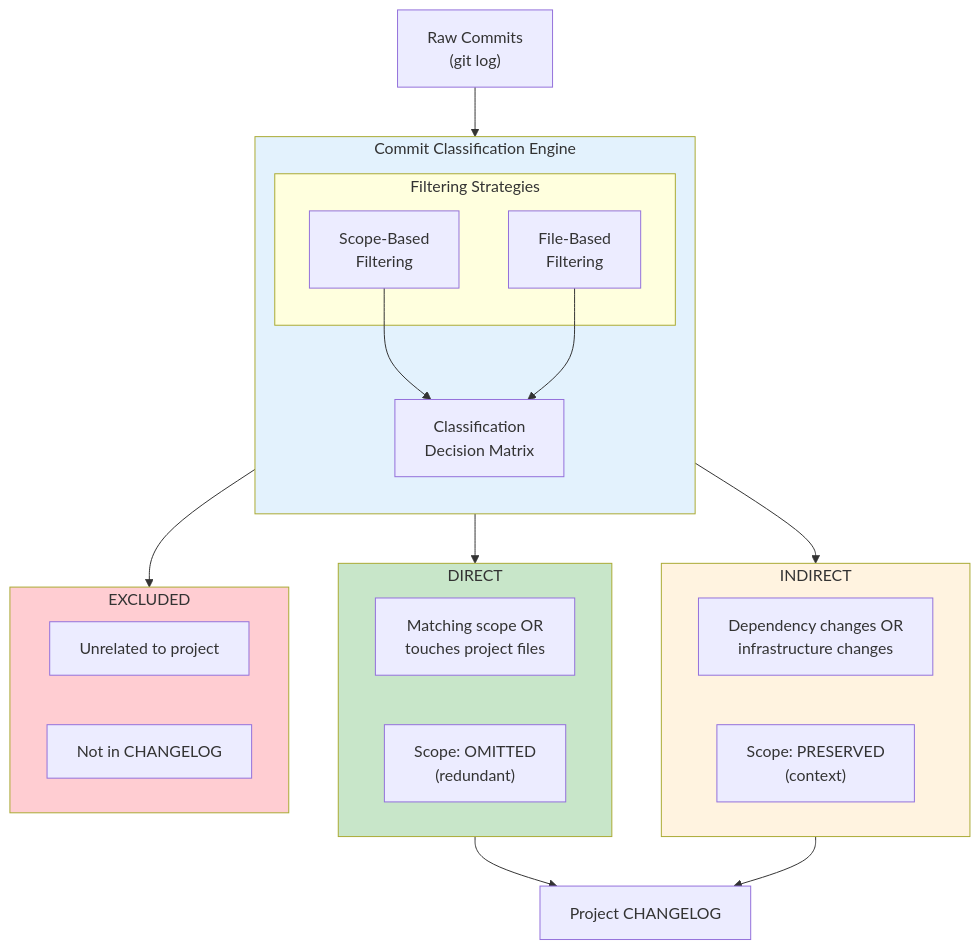
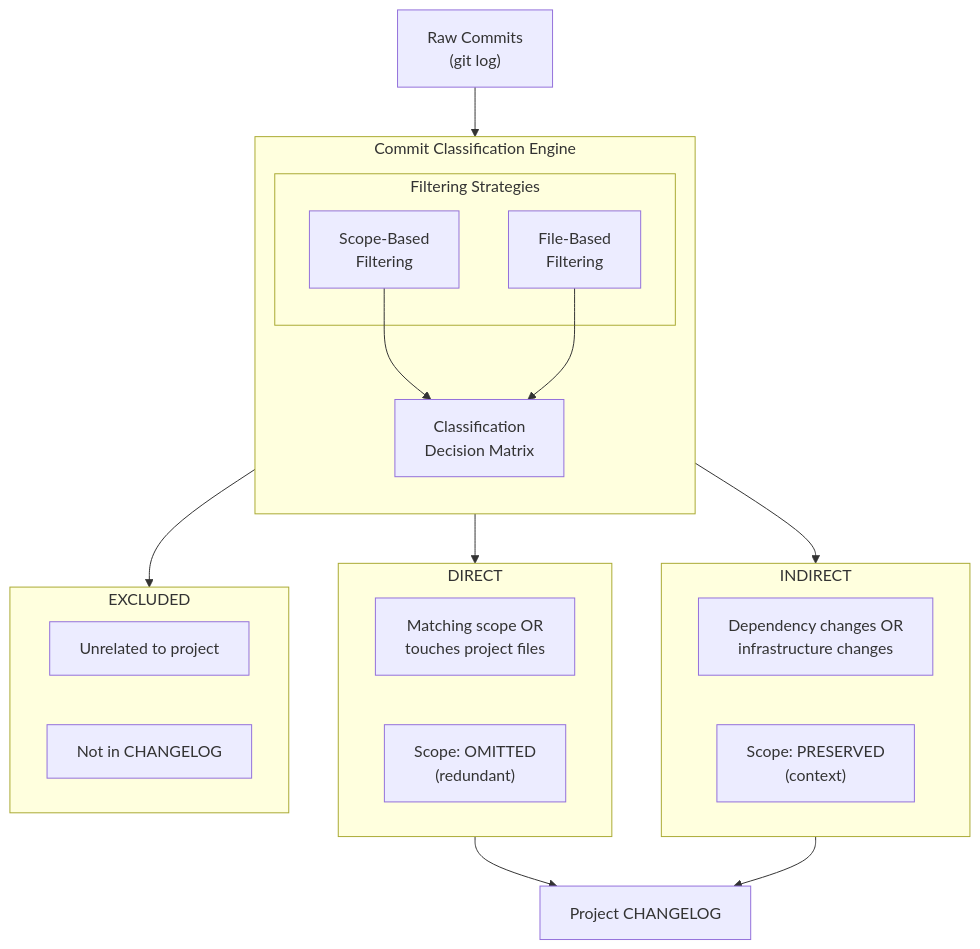
One commit to AndrewRedican/hyperfrontend changed the sixth of 15 diagrams in libs/versioning/ARCHITECTURE.md. Above: the diagram before and after it, drawn with Mermaid. The commit also changed other lines of this file and 7 other files, not shown here.

````diff
--- a/libs/versioning/ARCHITECTURE.md
+++ b/libs/versioning/ARCHITECTURE.md
@@ -221,44 +213,39 @@
 ```mermaid
 flowchart TB
     input["Raw Commits\n(git log)"]
 
     subgraph engine["Commit Classification Engine"]
         direction TB
         subgraph filters["Filtering Strategies"]
             scope["Scope-Based\nFiltering"]
             file["File-Based\nFiltering"]
         end
         scope --> matrix
         file --> matrix
         matrix["Classification\nDecision Matrix"]
     end
 
     input --> engine
 
     matrix --> direct
     matrix --> indirect
     matrix --> excluded
 
     subgraph direct["DIRECT"]
         d1["Matching scope OR\ntouches project files"]
         d2["Scope: OMITTED\n(redundant)"]
     end
 
     subgraph indirect["INDIRECT"]
         i1["Dependency changes OR\ninfrastructure changes"]
         i2["Scope: PRESERVED\n(context)"]
     end
 
     subgraph excluded["EXCLUDED"]
         e1["Unrelated to project"]
         e2["Not in CHANGELOG"]
     end
 
     direct --> changelog["Project CHANGELOG"]
     indirect --> changelog
-
-    style direct fill:#c8e6c9
-    style indirect fill:#fff3e0
-    style excluded fill:#ffcdd2
-    style engine fill:#e3f2fd
 ```
````
